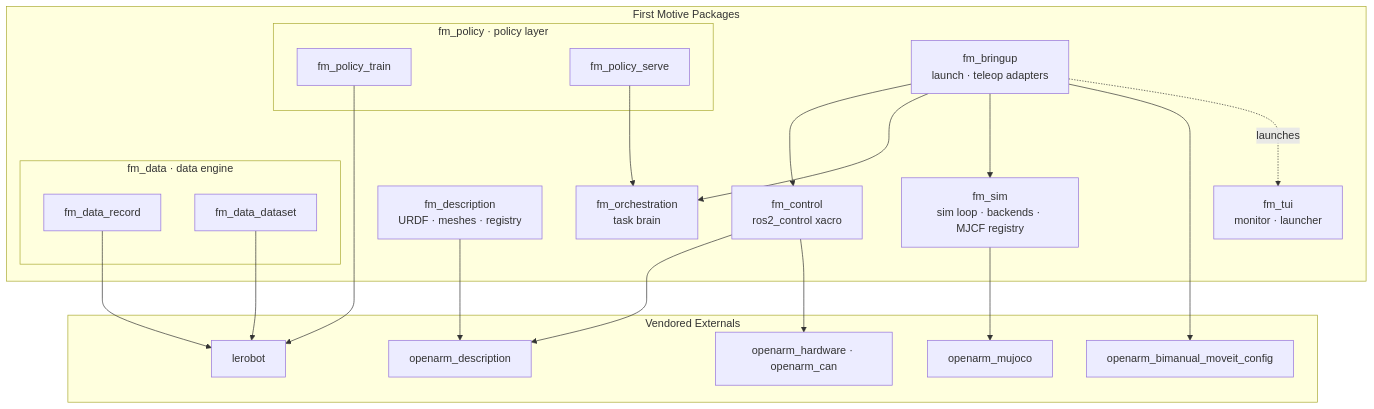
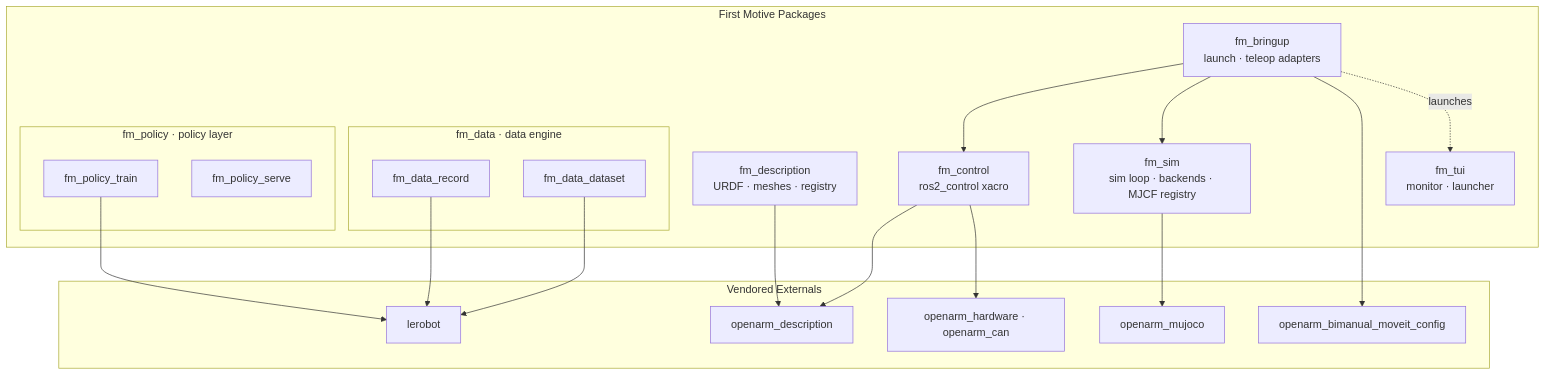
One commit to first-motive/fm-ros2 changed the second of 8 diagrams in docs/ARCHITECTURE.md. Above: the diagram before and after it, drawn with Mermaid. The commit also changed other lines of this file and 14 other files, not shown here.

````diff
--- a/docs/ARCHITECTURE.md
+++ b/docs/ARCHITECTURE.md
@@ -69,45 +70,42 @@
 ```mermaid
 flowchart TD
     subgraph fm [First Motive Packages]
         bringup[fm_bringup<br/>launch · teleop adapters]
         tui[fm_tui<br/>monitor · launcher]
 
         subgraph data [fm_data · data engine]
             record[fm_data_record]
             dataset[fm_data_dataset]
         end
 
         subgraph policy [fm_policy · policy layer]
             train[fm_policy_train]
             serve[fm_policy_serve]
         end
 
-        orch[fm_orchestration<br/>task brain]
         sim[fm_sim<br/>sim loop · backends · MJCF registry]
         control[fm_control<br/>ros2_control xacro]
         desc[fm_description<br/>URDF · meshes · registry]
     end
 
     subgraph ext [Vendored Externals]
         oa_desc[openarm_description]
         oa_moveit[openarm_bimanual_moveit_config]
         oa_hw[openarm_hardware · openarm_can]
         oa_mjcf[openarm_mujoco]
         lerobot[lerobot]
     end
 
     bringup --> control
-    bringup --> orch
     bringup --> sim
     bringup --> oa_moveit
     control --> oa_desc
     control --> oa_hw
     desc --> oa_desc
     sim --> oa_mjcf
-    serve --> orch
     record --> lerobot
     dataset --> lerobot
     train --> lerobot
 
     bringup -.launches.-> tui
 ```
````
